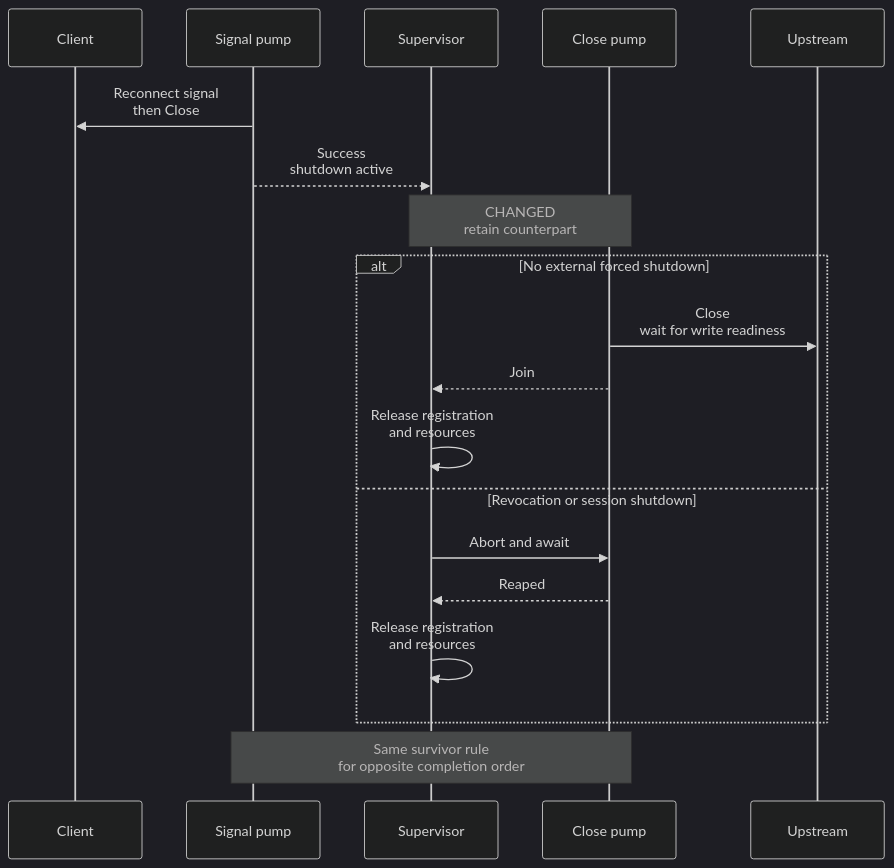
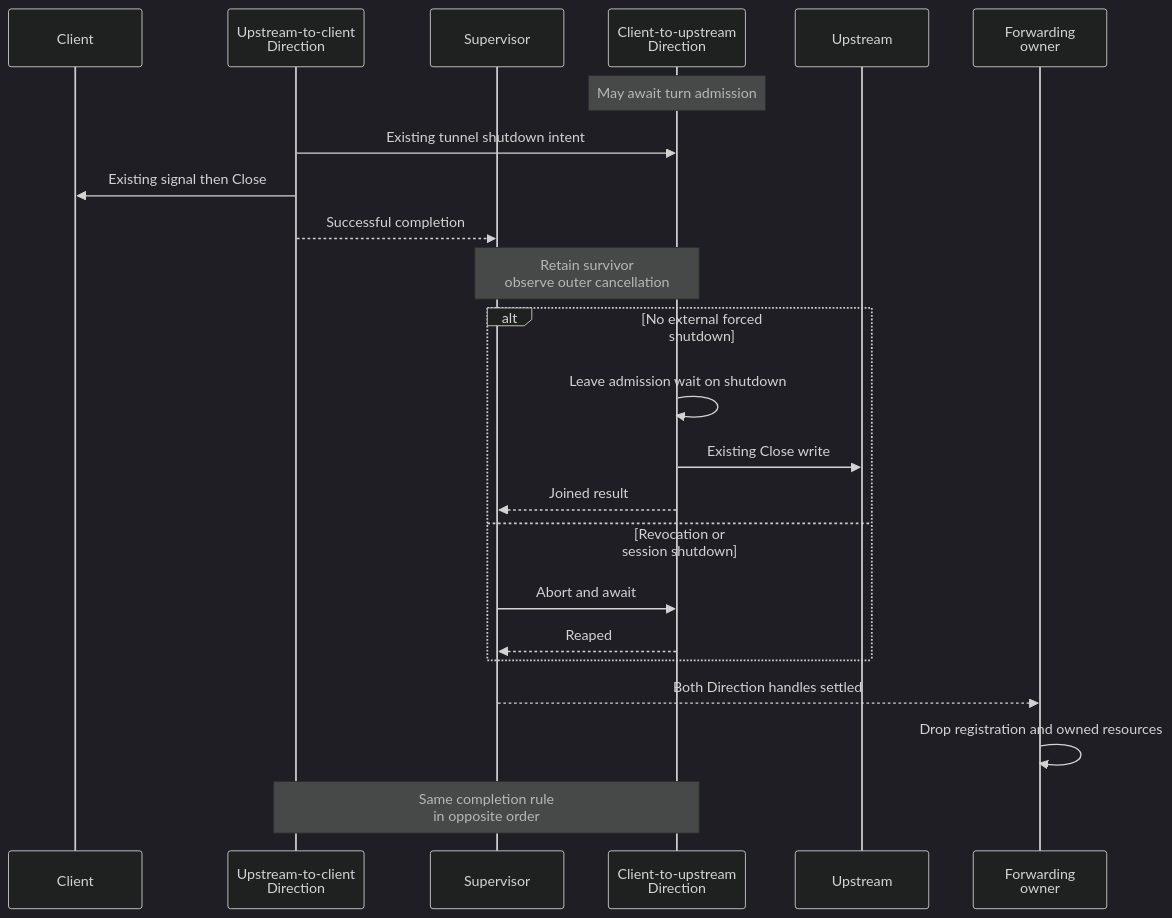
The diagram in docs/specs/2026-10-03-router-fixes/websocket-close-program-design.md (ShravanSunder/codex-router), drawn with Mermaid before and after one commit. The commit also changed other lines of this file and 5 other files, not shown here.

Commit message:
docs: correct shutdown design and push consumer diagram

````diff
--- a/docs/specs/2026-10-03-router-fixes/websocket-close-program-design.md
+++ b/docs/specs/2026-10-03-router-fixes/websocket-close-program-design.md
@@ -9,22 +9,26 @@
 ```mermaid
 %%{init: {'theme': 'dark'}}%%
 sequenceDiagram
   participant C as Client
-  participant U as Signal pump
+  participant U as Upstream-to-client<br/>Direction
   participant S as Supervisor
-  participant L as Close pump
+  participant L as Client-to-upstream<br/>Direction
   participant P as Upstream
-  U->>C: Reconnect signal<br/>then Close
-  U-->>S: Success<br/>shutdown active
-  Note over S,L: CHANGED<br/>retain counterpart
+  participant F as Forwarding<br/>owner
+  Note over L: May await turn admission
+  U->>L: Existing tunnel shutdown intent
+  U->>C: Existing signal then Close
+  U-->>S: Successful completion
+  Note over S,L: Retain survivor<br/>observe outer cancellation
   alt No external forced shutdown
-    L->>P: Close<br/>wait for write readiness
-    L-->>S: Join
-    S->>S: Release registration<br/>and resources
+    L->>L: Leave admission wait on shutdown
+    L->>P: Existing Close write
+    L-->>S: Joined result
   else Revocation or session shutdown
     S->>L: Abort and await
     L-->>S: Reaped
-    S->>S: Release registration<br/>and resources
   end
-  Note over U,L: Same survivor rule<br/>for opposite completion order
+  S-->>F: Both Direction handles settled
+  F->>F: Drop registration and owned resources
+  Note over U,L: Same completion rule<br/>in opposite order
 ```
````
